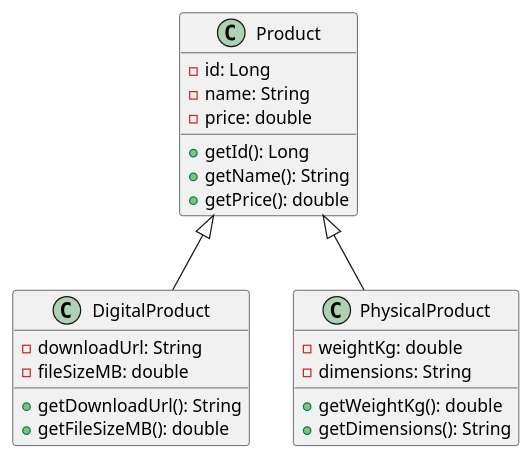
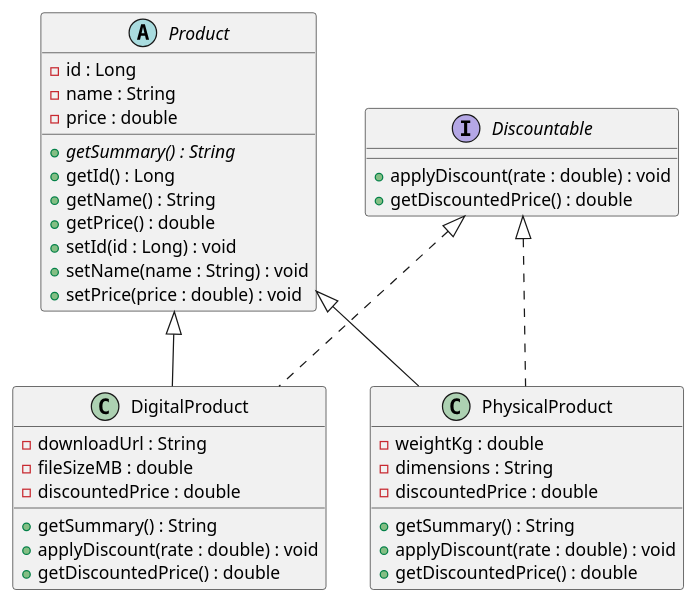
Before and after one commit to w8xdp4k5g8-cell/products-api: the diagram in docs/uml/product-hierarchy.puml, drawn with PlantUML. The commit also changed 9 other files, not shown here.

Commit message:
Tutorial 5: polymorphism — getSummary override and Discountable interface

```diff
--- a/docs/uml/product-hierarchy.puml
+++ b/docs/uml/product-hierarchy.puml
@@ -1,27 +1,47 @@
 @startuml
-class Product {
-  - id: Long
-  - name: String
-  - price: double
-  + getId(): Long
-  + getName(): String
-  + getPrice(): double
+
+abstract class Product {
+    - id : Long
+    - name : String
+    - price : double
+    + {abstract} getSummary() : String
+    + getId() : Long
+    + getName() : String
+    + getPrice() : double
+    + setId(id : Long) : void
+    + setName(name : String) : void
+    + setPrice(price : double) : void
 }
 
 class DigitalProduct {
-  - downloadUrl: String
-  - fileSizeMB: double
-  + getDownloadUrl(): String
-  + getFileSizeMB(): double
+    - downloadUrl : String
+    - fileSizeMB : double
+    - discountedPrice : double
+    + getSummary() : String
+    + applyDiscount(rate : double) : void
+    + getDiscountedPrice() : double
 }
 
 class PhysicalProduct {
-  - weightKg: double
-  - dimensions: String
-  + getWeightKg(): double
-  + getDimensions(): String
+    - weightKg : double
+    - dimensions : String
+    - discountedPrice : double
+    + getSummary() : String
+    + applyDiscount(rate : double) : void
+    + getDiscountedPrice() : double
 }
 
+interface Discountable {
+    + applyDiscount(rate : double) : void
+    + getDiscountedPrice() : double
+}
+
+' Inheritance (Generalization): Solid line with hollow triangle
 Product <|-- DigitalProduct
 Product <|-- PhysicalProduct
+
+' Interface Implementation (Realization): Dotted line with hollow triangle
+Discountable <|.. DigitalProduct
+Discountable <|.. PhysicalProduct
+
 @enduml
```
